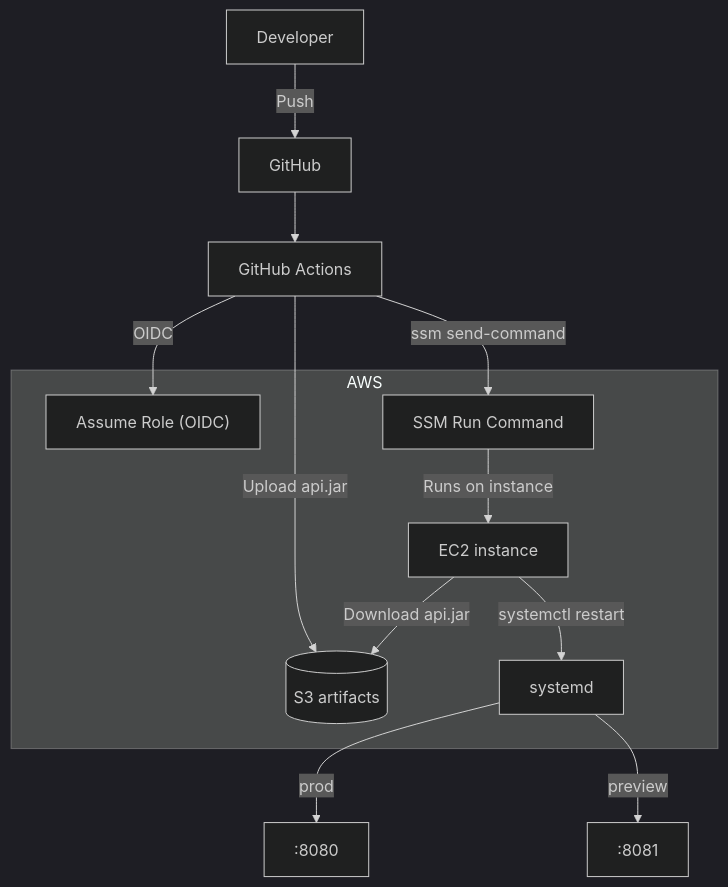
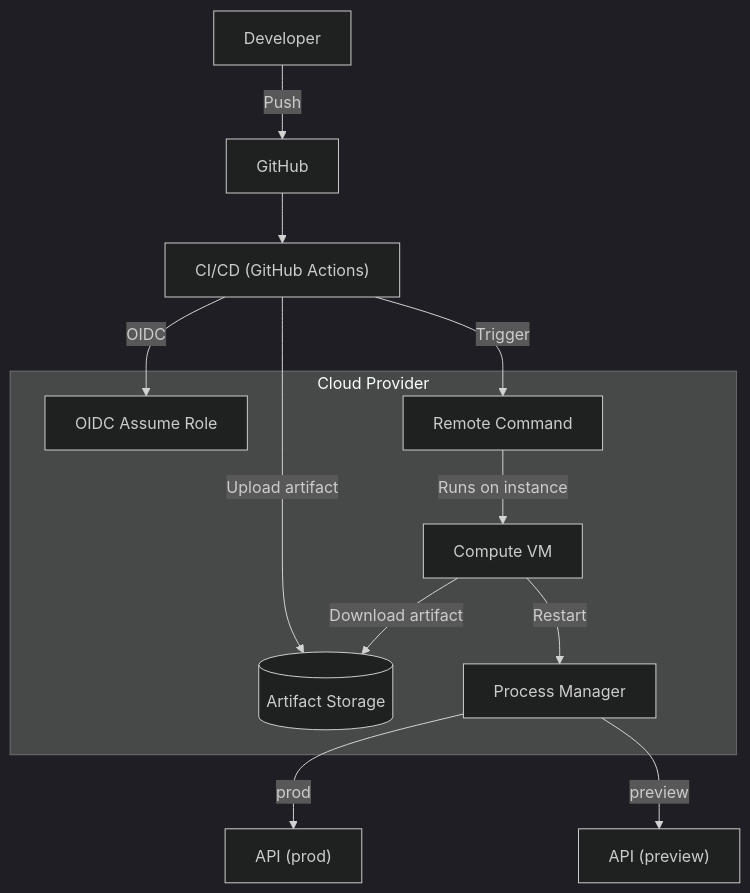
The second of 2 diagrams in README.md (maehwasoo/SOPT-37th-DEMODAY), drawn with Mermaid (dark theme) before and after one commit. The commit also changed other lines of this file, not shown here.

Commit message:
docs: 아키텍처 다이어그램을 개념 수준으로 상세화

````diff
--- a/README.md
+++ b/README.md
@@ -50,23 +72,23 @@
 ```mermaid
 flowchart TB
   Dev["Developer"] -->|Push| GitHub["GitHub"]
-  GitHub --> GHA["GitHub Actions"]
+  GitHub --> CI["CI/CD (GitHub Actions)"]
 
-  subgraph AWS["AWS"]
-    IAM["Assume Role (OIDC)"]
-    S3[(S3 artifacts)]
-    SSM["SSM Run Command"]
-    EC2["EC2 instance"]
-    Systemd["systemd"]
+  subgraph Cloud["Cloud Provider"]
+    OIDC["OIDC Assume Role"]
+    ArtifactStore[(Artifact Storage)]
+    RemoteCmd["Remote Command"]
+    VM["Compute VM"]
+    ProcMgr["Process Manager"]
   end
 
-  GHA -->|OIDC| IAM
-  GHA -->|Upload api.jar| S3
-  GHA -->|ssm send-command| SSM
-  SSM -->|Runs on instance| EC2
-  EC2 -->|Download api.jar| S3
-  EC2 -->|systemctl restart| Systemd
+  CI -->|OIDC| OIDC
+  CI -->|Upload artifact| ArtifactStore
+  CI -->|Trigger| RemoteCmd
+  RemoteCmd -->|Runs on instance| VM
+  VM -->|Download artifact| ArtifactStore
+  VM -->|Restart| ProcMgr
 
-  Systemd -->|prod| APIProd[":8080"]
-  Systemd -->|preview| APIPreview[":8081"]
+  ProcMgr -->|prod| APIProd["API (prod)"]
+  ProcMgr -->|preview| APIPreview["API (preview)"]
 ```
````
